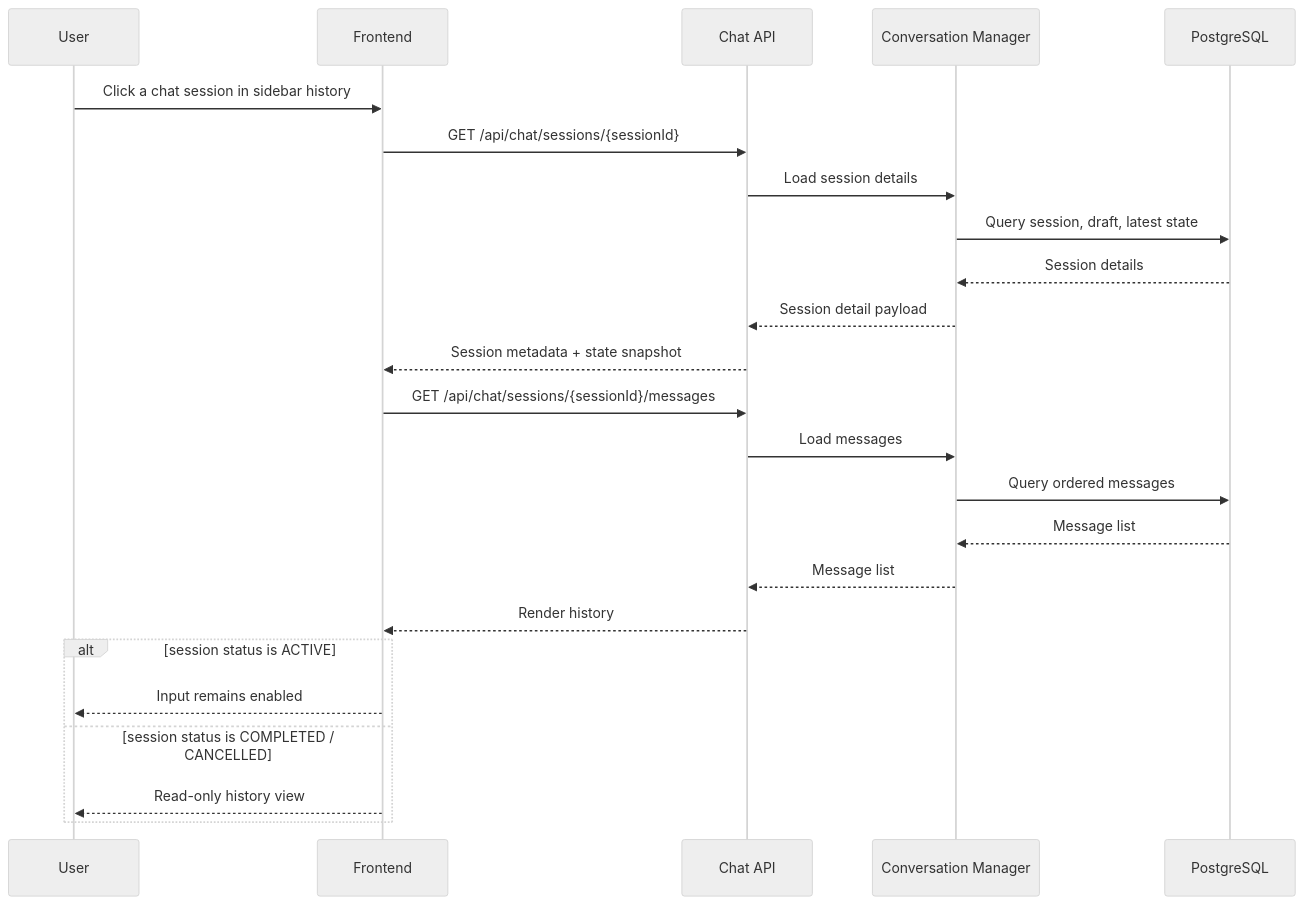
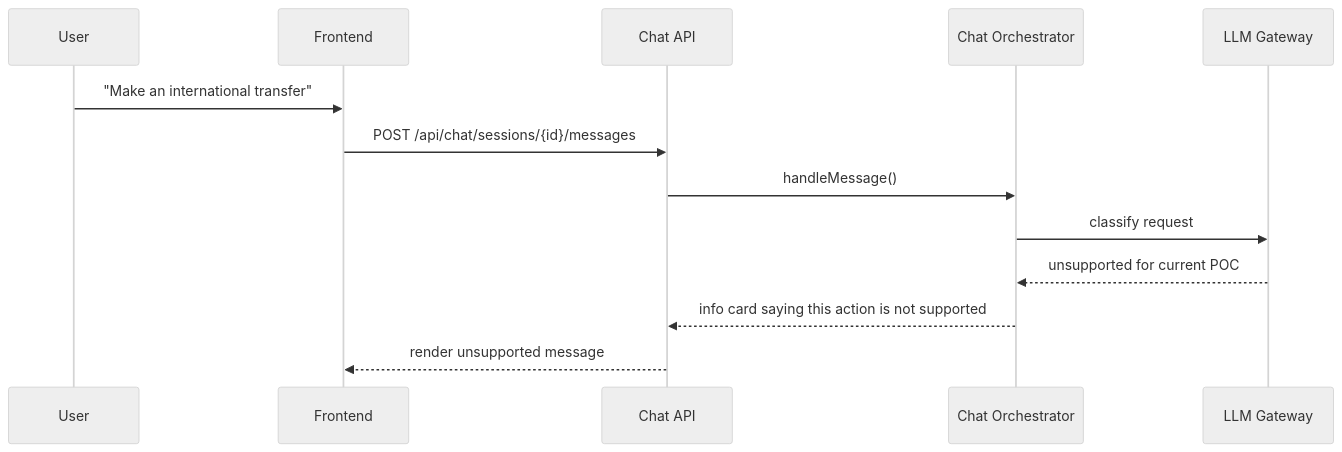
The fourth of 4 diagrams in docs/01-system_design.md (VictorZhong/chat2pay), drawn with Mermaid (neutral theme) before and after one commit. The commit also changed other lines of this file and 7 other files, not shown here.

````diff
--- a/docs/01-system_design.md
+++ b/docs/01-system_design.md
@@ -458,29 +437,16 @@
 ```mermaid
 sequenceDiagram
     participant U as User
     participant FE as Frontend
     participant API as Chat API
-    participant CM as Conversation Manager
-    participant DB as PostgreSQL
+    participant ORC as Chat Orchestrator
+    participant LLM as LLM Gateway
 
-    U->>FE: Click a chat session in sidebar history
-    FE->>API: GET /api/chat/sessions/{sessionId}
-    API->>CM: Load session details
-    CM->>DB: Query session, draft, latest state
-    DB-->>CM: Session details
-    CM-->>API: Session detail payload
-    API-->>FE: Session metadata + state snapshot
-
-    FE->>API: GET /api/chat/sessions/{sessionId}/messages
-    API->>CM: Load messages
-    CM->>DB: Query ordered messages
-    DB-->>CM: Message list
-    CM-->>API: Message list
-    API-->>FE: Render history
-
-    alt session status is ACTIVE
-        FE-->>U: Input remains enabled
-    else session status is COMPLETED / CANCELLED
-        FE-->>U: Read-only history view
-    end
+    U->>FE: "Make an international transfer"
+    FE->>API: POST /api/chat/sessions/{id}/messages
+    API->>ORC: handleMessage()
+    ORC->>LLM: classify request
+    LLM-->>ORC: unsupported for current POC
+    ORC-->>API: info card saying this action is not supported
+    API-->>FE: render unsupported message
 ```
````
